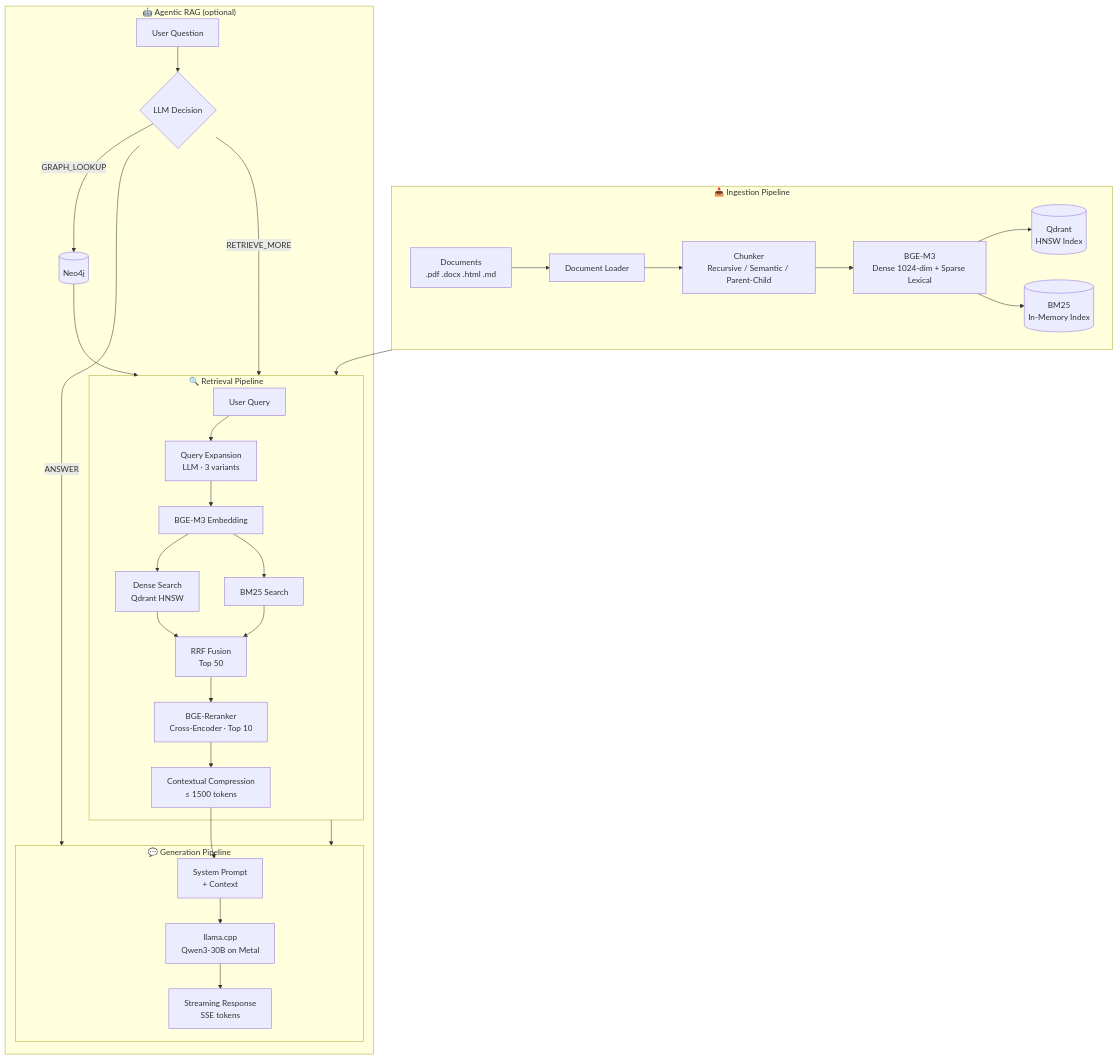
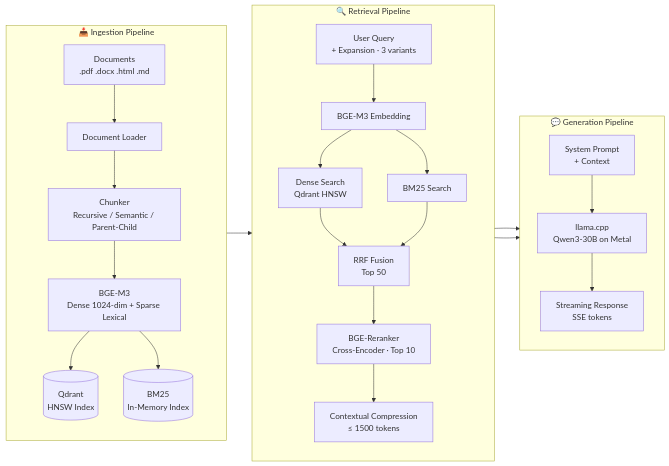
The first of 10 diagrams in README.md (ealbertoav/rag_platform), drawn with Mermaid before and after one commit. The commit also changed other lines of this file, not shown here.

Commit message:
fix: replace all mermaid \n with <br/>, restructure Architecture Overview to LR layout

````diff
--- a/README.md
+++ b/README.md
@@ -35,38 +35,32 @@
 ```mermaid
-flowchart TD
+flowchart LR
     subgraph INGEST["📥 Ingestion Pipeline"]
-        D[Documents\n.pdf .docx .html .md] --> L[Document Loader]
-        L --> C[Chunker\nRecursive / Semantic / Parent-Child]
-        C --> E[BGE-M3\nDense 1024-dim + Sparse Lexical]
-        E --> Q[(Qdrant\nHNSW Index)]
-        E --> B[(BM25\nIn-Memory Index)]
+        direction TB
+        D["Documents<br/>.pdf .docx .html .md"] --> L[Document Loader]
+        L --> C["Chunker<br/>Recursive / Semantic / Parent-Child"]
+        C --> E["BGE-M3<br/>Dense 1024-dim + Sparse Lexical"]
+        E --> Q[("Qdrant<br/>HNSW Index")]
+        E --> B[("BM25<br/>In-Memory Index")]
     end
 
     subgraph RETRIEVE["🔍 Retrieval Pipeline"]
-        QU[User Query] --> QX[Query Expansion\nLLM · 3 variants]
-        QX --> EM[BGE-M3 Embedding]
-        EM --> DS[Dense Search\nQdrant HNSW]
+        direction TB
+        QX["User Query<br/>+ Expansion · 3 variants"] --> EM[BGE-M3 Embedding]
+        EM --> DS["Dense Search<br/>Qdrant HNSW"]
         EM --> BS[BM25 Search]
-        DS --> RF[RRF Fusion\nTop 50]
+        DS --> RF["RRF Fusion<br/>Top 50"]
         BS --> RF
-        RF --> RR[BGE-Reranker\nCross-Encoder · Top 10]
-        RR --> CC[Contextual Compression\n≤ 1500 tokens]
+        RF --> RR["BGE-Reranker<br/>Cross-Encoder · Top 10"]
+        RR --> CC["Contextual Compression<br/>≤ 1500 tokens"]
     end
 
     subgraph GENERATE["💬 Generation Pipeline"]
-        CC --> PR[System Prompt\n+ Context]
-        PR --> LLM[llama.cpp\nQwen3-30B on Metal]
-        LLM --> SSE[Streaming Response\nSSE tokens]
-    end
-
-    subgraph AGENT["🤖 Agentic RAG (optional)"]
-        AQ[User Question] --> AL{LLM Decision}
-        AL -->|ANSWER| GENERATE
-        AL -->|RETRIEVE_MORE| RETRIEVE
-        AL -->|GRAPH_LOOKUP| G2[(Neo4j)]
-        G2 --> RETRIEVE
+        direction TB
+        CC --> PR["System Prompt<br/>+ Context"]
+        PR --> LLM["llama.cpp<br/>Qwen3-30B on Metal"]
+        LLM --> SSE["Streaming Response<br/>SSE tokens"]
     end
 
     INGEST --> RETRIEVE
     RETRIEVE --> GENERATE
 ```
````
